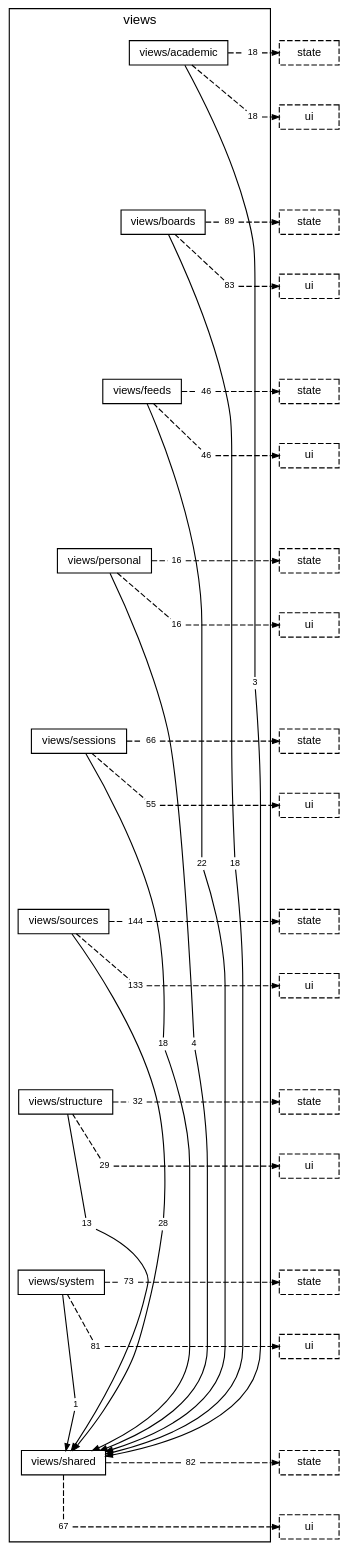
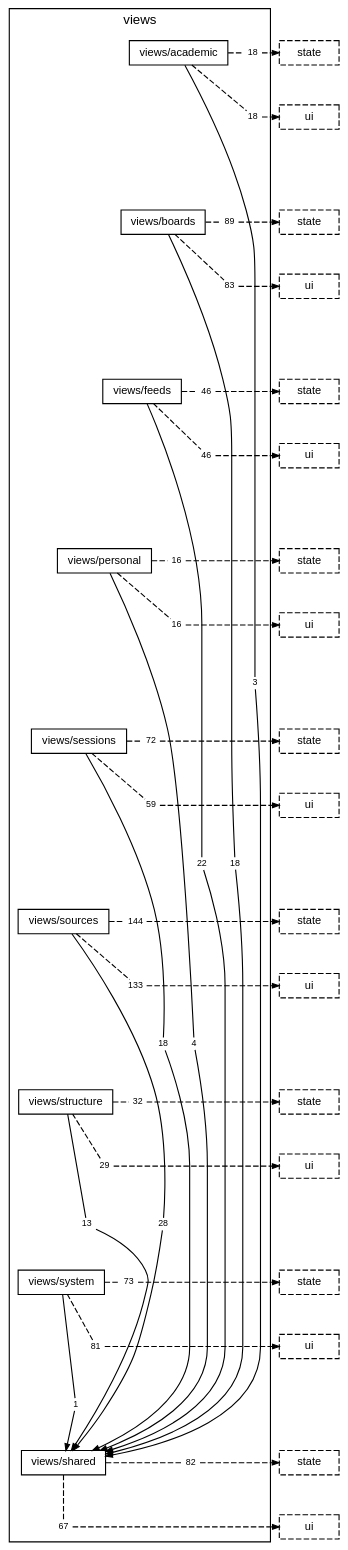
The diagram in docs/diagrams/layer-views.dot (TheAxeC/oculus), drawn with Graphviz before and after one commit. The commit also changed 34 other files, not shown here.

```diff
--- a/docs/diagrams/layer-views.dot
+++ b/docs/diagrams/layer-views.dot
@@ -26,8 +26,8 @@
         "folder views/personal to layer state" [label="16", shape=box, color="transparent", fontsize=8, width=0, height=0, margin="0.04,0.02"];
         "folder views/personal to layer ui" [label="16", shape=box, color="transparent", fontsize=8, width=0, height=0, margin="0.04,0.02"];
         "folder views/sessions to folder views/shared" [label="18", shape=box, color="transparent", fontsize=8, width=0, height=0, margin="0.04,0.02"];
-        "folder views/sessions to layer state" [label="66", shape=box, color="transparent", fontsize=8, width=0, height=0, margin="0.04,0.02"];
-        "folder views/sessions to layer ui" [label="55", shape=box, color="transparent", fontsize=8, width=0, height=0, margin="0.04,0.02"];
+        "folder views/sessions to layer state" [label="72", shape=box, color="transparent", fontsize=8, width=0, height=0, margin="0.04,0.02"];
+        "folder views/sessions to layer ui" [label="59", shape=box, color="transparent", fontsize=8, width=0, height=0, margin="0.04,0.02"];
         "folder views/sources to folder views/shared" [label="28", shape=box, color="transparent", fontsize=8, width=0, height=0, margin="0.04,0.02"];
         "folder views/sources to layer state" [label="144", shape=box, color="transparent", fontsize=8, width=0, height=0, margin="0.04,0.02"];
         "folder views/sources to layer ui" [label="133", shape=box, color="transparent", fontsize=8, width=0, height=0, margin="0.04,0.02"];
```
